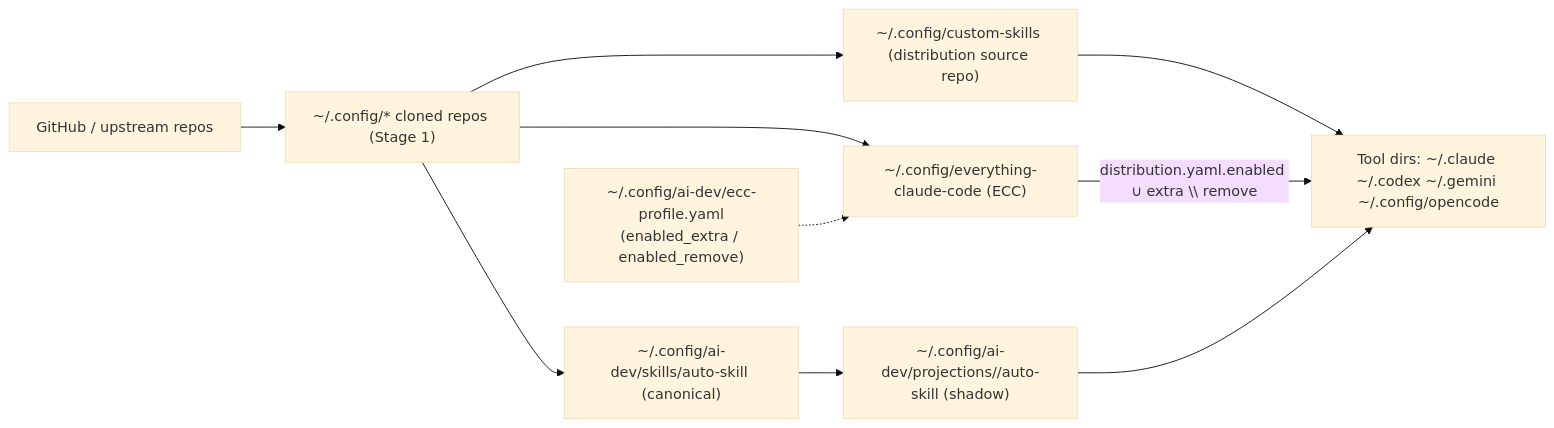
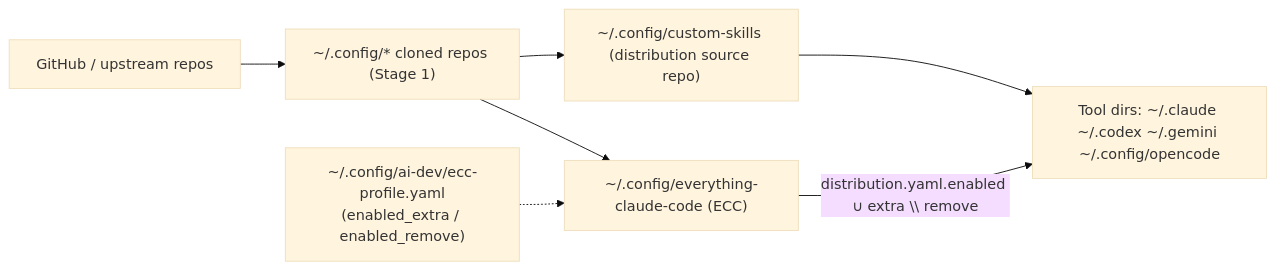
The first of 2 diagrams in docs/ai-dev指令與資料流參考.md (ValorVie/custom-skills), drawn with Mermaid (base theme) before and after one commit. The commit also changed other lines of this file and 83 other files, not shown here.

Commit message:
refactor: retire auto-skill

````diff
--- a/docs/ai-dev指令與資料流參考.md
+++ b/docs/ai-dev指令與資料流參考.md
@@ -70,12 +69,9 @@
 ```mermaid
 flowchart LR
     A["GitHub / upstream repos"] --> B["~/.config/* cloned repos (Stage 1)"]
     B --> C["~/.config/custom-skills (distribution source repo)"]
     C --> D["Tool dirs: ~/.claude ~/.codex ~/.gemini ~/.config/opencode"]
     B --> G["~/.config/everything-claude-code (ECC)"]
     H["~/.config/ai-dev/ecc-profile.yaml<br/>(enabled_extra / enabled_remove)"] -.-> G
     G -->|"distribution.yaml.enabled ∪ extra \\ remove"| D
-    B --> E["~/.config/ai-dev/skills/auto-skill (canonical)"]
-    E --> F["~/.config/ai-dev/projections/<target>/auto-skill (shadow)"]
-    F --> D
 ```
````
